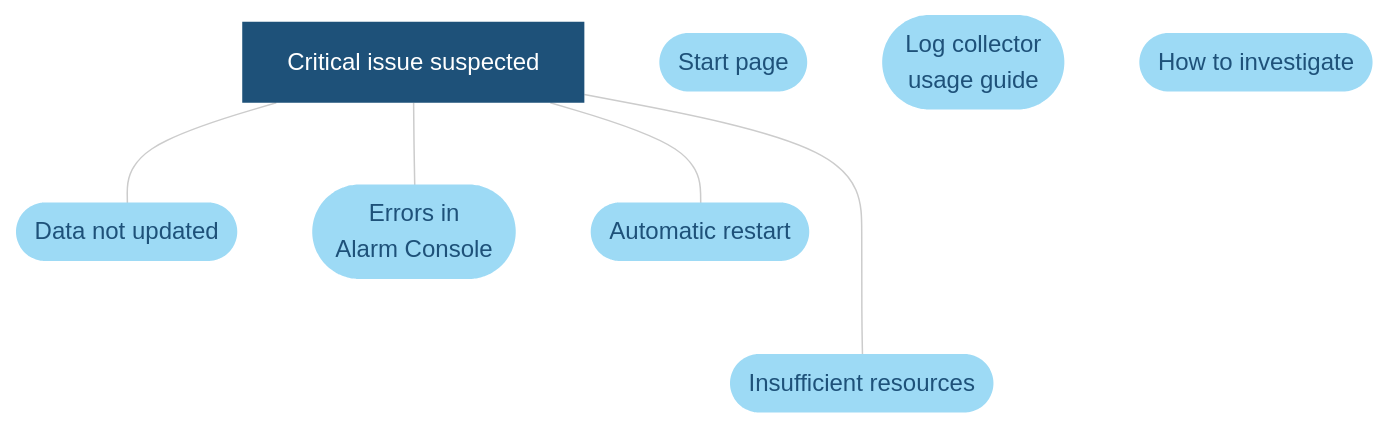
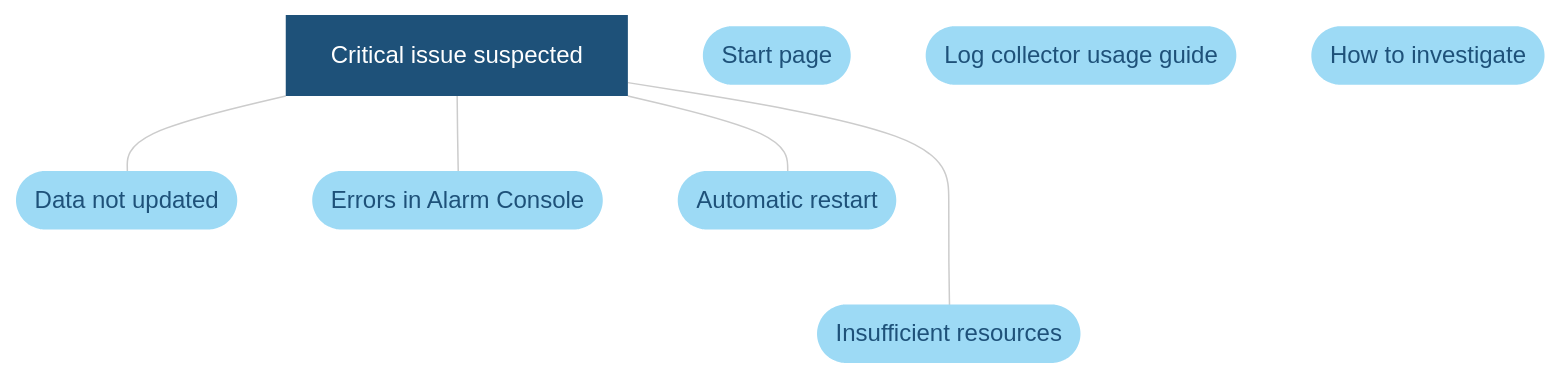
Before and after one commit to SkylineCommunications/dataminer-docs: the diagram in user-guide/Troubleshooting/Troubleshooting_Flowcharts/Troubleshooting_Critical_Issues/Troubleshooting_Critical_Issues_Overview.md, drawn with Mermaid. The commit also changed 21 other files, not shown here.

````diff
--- a/user-guide/Troubleshooting/Troubleshooting_Flowcharts/Troubleshooting_Critical_Issues/Troubleshooting_Critical_Issues_Overview.md
+++ b/user-guide/Troubleshooting/Troubleshooting_Flowcharts/Troubleshooting_Critical_Issues/Troubleshooting_Critical_Issues_Overview.md
@@ -7,38 +7,38 @@
 ```mermaid
 flowchart TD
 %% Define styles %%
 linkStyle default stroke:#cccccc
 classDef LightBlue fill:#9DDAF5,stroke:#000070,stroke-width:0px, color:#1E5179;
 classDef Blue fill:#4BAEEA,stroke:#000070,stroke-width:0px, color:#FFFFFF;
 classDef DarkBlue fill:#1E5179,stroke:#000070,stroke-width:0px, color:#FFFFFF;
 classDef DarkGray fill:#58595B,stroke:#000070,stroke-width:0px, color:#FFFFFF;
 classDef Gray fill:#999999,stroke:#000070,stroke-width:0px, color:#FFFFFF;
 classDef LightGray fill:#DDDDDD,stroke:#000070,stroke-width:0px, color:#1E5179;
 %% Define blocks %%
 Start[Critical issue suspected]
 Home([Start page])
-SLLogCollector([Log collector <br> usage guide])
+SLLogCollector([Log collector usage guide])
 Investigation([How to investigate])
 DataNotUpdated([Data not updated])
-ErrorAlarmConsole([Errors in <br> Alarm Console])
+ErrorAlarmConsole([Errors in Alarm Console])
 Automaticrestart([Automatic restart])
 MachineoutofResources([Insufficient resources])
 %% Connect blocks %%
 Start ---- MachineoutofResources
 Start --- Automaticrestart
 Start --- DataNotUpdated
 Start --- ErrorAlarmConsole
 %% Define hyperlinks %%
 click Home "/user-guide/Troubleshooting/Troubleshooting_Flowcharts/Finding_a_Root_Cause.html"
 click SLLogCollector "/user-guide/Reference/DataMiner_Tools/SLLogCollector.html"
 click Investigation "/user-guide/Troubleshooting/Troubleshooting_Flowcharts/Troubleshooting_Where_to_Start.html"
 click DataNotUpdated "/user-guide/Troubleshooting/Troubleshooting_Flowcharts/Troubleshooting_Critical_Issues/Troubleshooting_Critical_Issues_Data_Not_Updated.html" "Data Not Updated"
 click Automaticrestart "/user-guide/Troubleshooting/Troubleshooting_Flowcharts/Troubleshooting_Critical_Issues/Troubleshooting_Critical_Issues_Automatic_Restart.html" "Automatic Restart"
 click ErrorAlarmConsole "/user-guide/Troubleshooting/Troubleshooting_Flowcharts/Troubleshooting_Critical_Issues/Troubleshooting_Critical_Issues_Alarm_Console.html" "Errors In Alarm Console"
 click MachineoutofResources "/user-guide/Troubleshooting/Troubleshooting_Flowcharts/Troubleshooting_Critical_Issues/Troubleshooting_Critical_Issues_Resources.html" "Machine Out Of Resources"
 %% Apply styles to blocks %%
 class Start DarkBlue;
 class CheckWatchdog classDecision;
 class Automaticrestart,MachineoutofResources,DataNotUpdated,ErrorAlarmConsole, LightBlue;
 class Home,SLLogCollector,Investigation LightBlue;
 ```
````
